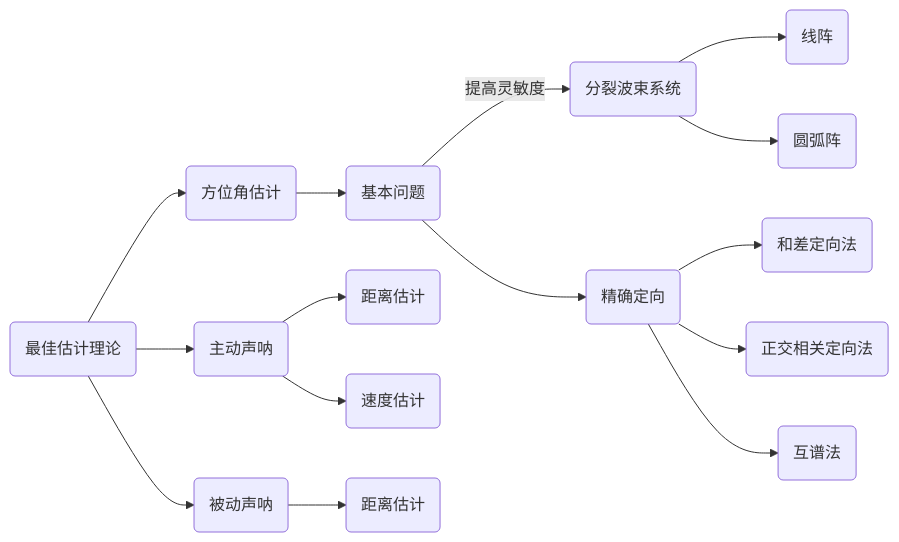
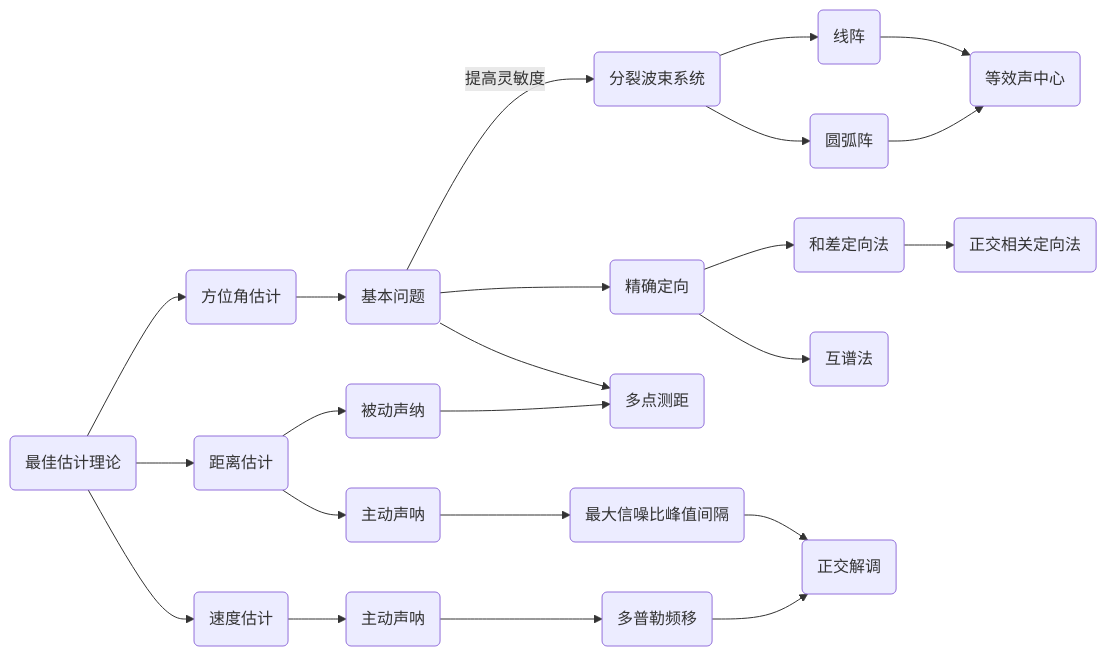
One commit to CHENXGG/blog changed the diagram in public_docs/dsp/sonar_signal_processing/声呐信号参量估计.md. Above: the diagram before and after it, drawn with Mermaid. The commit also changed other lines of this file and 5 other files, not shown here.

````diff
--- a/public_docs/dsp/sonar_signal_processing/声呐信号参量估计.md
+++ b/public_docs/dsp/sonar_signal_processing/声呐信号参量估计.md
@@ -7,19 +7,23 @@
 ```mermaid
 graph LR
 id1(最佳估计理论) --> id2(方位角估计)
 id2-->id21(基本问题)
+
 id21--提高灵敏度-->id22(分裂波束系统)
 id22-->id27(线阵)
 id22-->id28(圆弧阵)
+id27-->id29(等效声中心)
+id28-->id29
 id21-->id23(精确定向)
 id23-->id24(和差定向法)
-id23-->id25(正交相关定向法)
+id24-->id25(正交相关定向法)
 id23-->id26(互谱法)
+id21 -->id34
+id1 --> id3(距离估计)
+id3 --> id33(被动声纳) -->id34(多点测距)
+id3 --> id31(主动声呐) -->id32(最大信噪比峰值间隔)
+id32-->id43
 
-id1 --> id3(主动声呐)
-id3 --> id31(距离估计)
-id3 --> id32(速度估计)
+id1 --> id4(速度估计) --> id41(主动声呐)-->id42(多普勒频移) --> id43(正交解调)
 
-id1 --> id4(被动声呐)
-id4 --> id41(距离估计)
 ```
````
